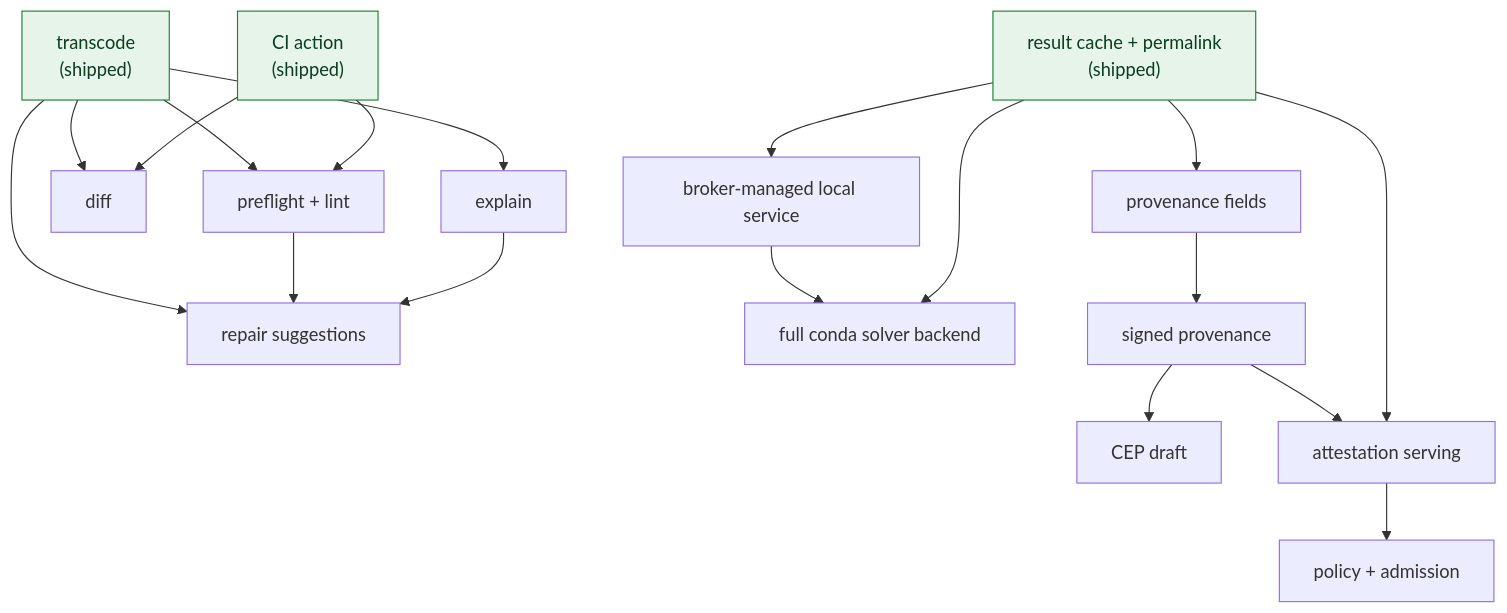
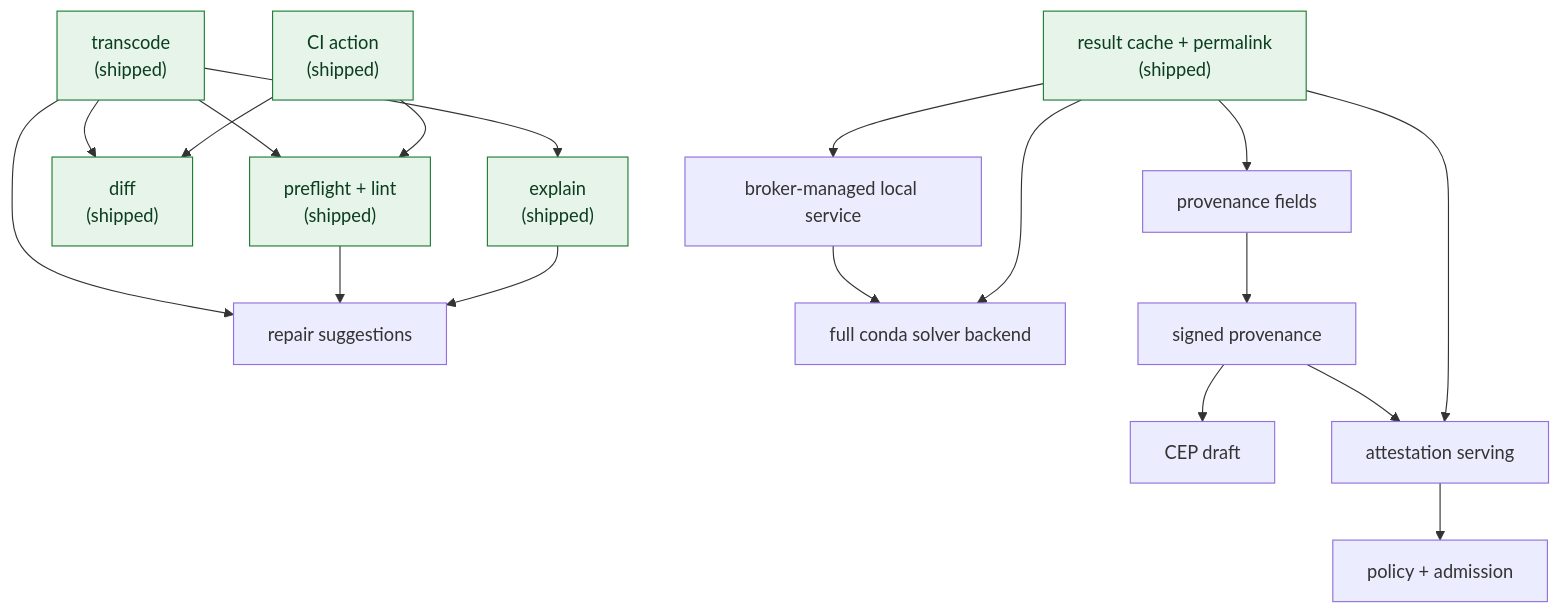
One commit to jezdez/conda-presto changed the diagram in docs/proposals.md. Above: the diagram before and after it, drawn with Mermaid. The commit also changed other lines of this file and 2 other files, not shown here.

````diff
--- a/docs/proposals.md
+++ b/docs/proposals.md
@@ -64,23 +69,23 @@
 ```{mermaid}
 graph TD
-    T["transcode\n(shipped)"] --> PF["preflight + lint"]
+    T["transcode\n(shipped)"] --> PF["preflight + lint\n(shipped)"]
     T --> RPR["repair suggestions"]
-    T --> D["diff"]
-    T --> E["explain"]
+    T --> D["diff\n(shipped)"]
+    T --> E["explain\n(shipped)"]
     P["result cache + permalink\n(shipped)"] --> PV["provenance fields"]
     P --> B["broker-managed local service"]
     B --> FS["full conda solver backend"]
     P --> FS
     PF --> RPR
     E --> RPR
     PV --> A["signed provenance"]
     A --> CEP["CEP draft"]
     A --> S["attestation serving"]
     P --> S
     S --> AD["policy + admission"]
     GH["CI action\n(shipped)"] --> PF
     GH --> D
 
     classDef shipped fill:#e6f4ea,stroke:#1e7e34,color:#0b3d1f;
-    class T,P,GH shipped;
+    class T,P,GH,PF,D,E shipped;
 ```
````
